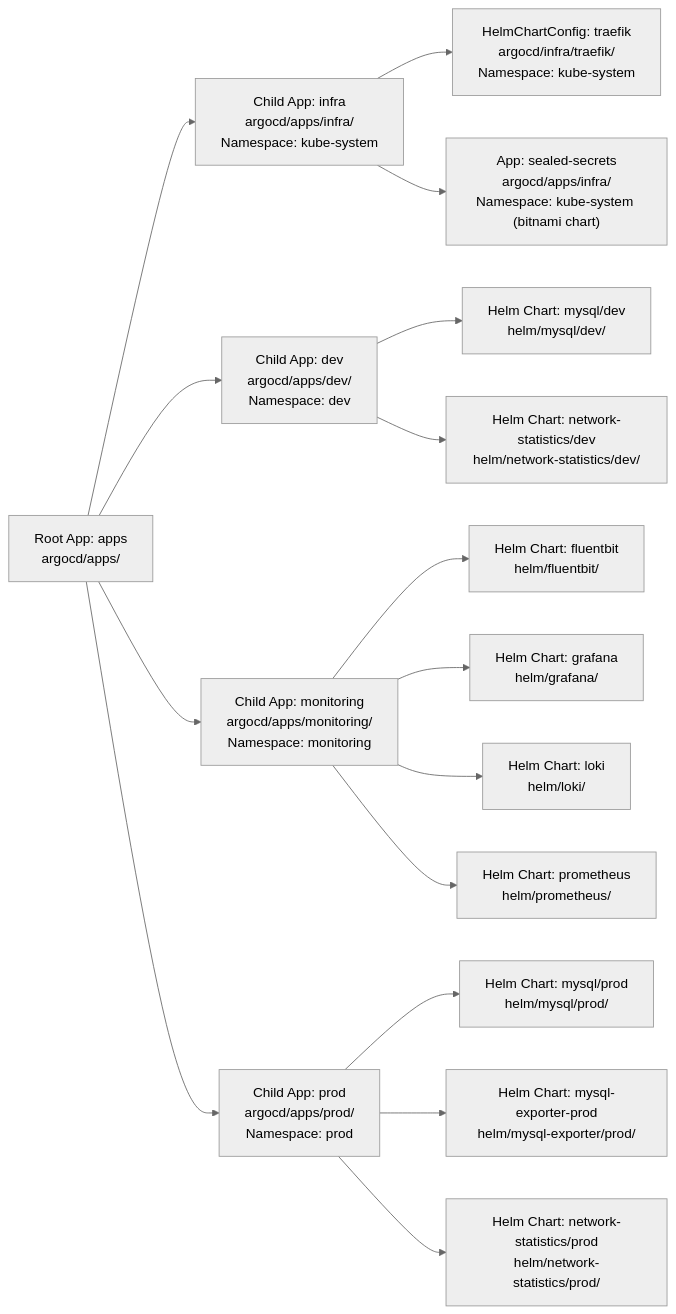
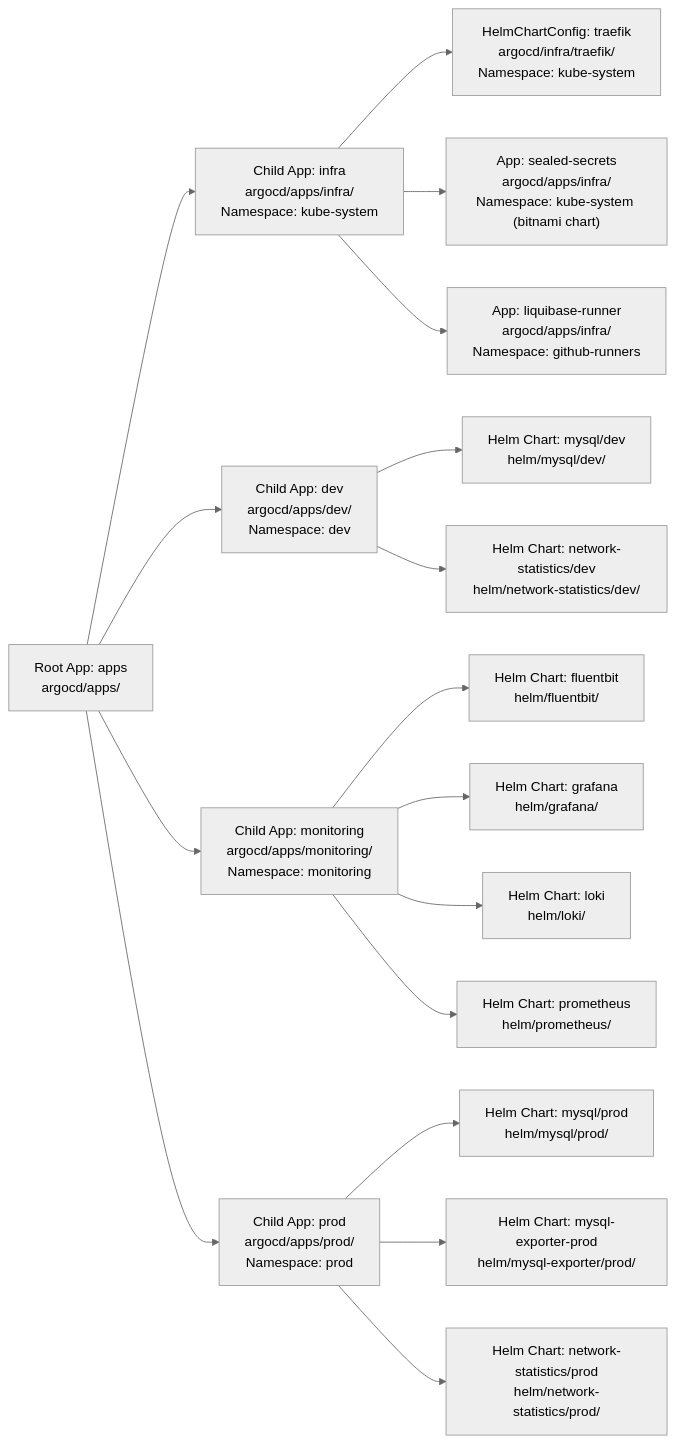
One commit to minhntt1/local-infra changed the diagram in argocd/README.md. Above: the diagram before and after it, drawn with Mermaid (neutral theme). The commit also changed other lines of this file and 3 other files, not shown here.

First line of the commit message:
docs(liquibase-runner): document liquibase-runner across READMEs

````diff
--- a/argocd/README.md
+++ b/argocd/README.md
@@ -24,19 +24,20 @@
 ```mermaid
 flowchart LR
     ROOT["Root App: apps\nargocd/apps/"] --> INFRA["Child App: infra\nargocd/apps/infra/\nNamespace: kube-system"]
     ROOT --> DEV["Child App: dev\nargocd/apps/dev/\nNamespace: dev"]
     ROOT --> MON["Child App: monitoring\nargocd/apps/monitoring/\nNamespace: monitoring"]
     ROOT --> PROD["Child App: prod\nargocd/apps/prod/\nNamespace: prod"]
 
     INFRA --> TRAEFIK_CFG["HelmChartConfig: traefik\nargocd/infra/traefik/\nNamespace: kube-system"]
     INFRA --> SEALED["App: sealed-secrets\nargocd/apps/infra/\nNamespace: kube-system (bitnami chart)"]
+    INFRA --> LIQUIBASE_RUNNER["App: liquibase-runner\nargocd/apps/infra/\nNamespace: github-runners"]
     DEV --> MYSQL_DEV["Helm Chart: mysql/dev\nhelm/mysql/dev/"]
     DEV --> NETSTATS_DEV["Helm Chart: network-statistics/dev\nhelm/network-statistics/dev/"]
     MON --> FB["Helm Chart: fluentbit\nhelm/fluentbit/"]
     MON --> GRAFANA["Helm Chart: grafana\nhelm/grafana/"]
     MON --> LOKI["Helm Chart: loki\nhelm/loki/"]
     MON --> PROM["Helm Chart: prometheus\nhelm/prometheus/"]
     PROD --> MYSQL_PROD["Helm Chart: mysql/prod\nhelm/mysql/prod/"]
     PROD --> MYSQL_EXPORTER["Helm Chart: mysql-exporter-prod\nhelm/mysql-exporter/prod/"]
     PROD --> NETSTATS_PROD["Helm Chart: network-statistics/prod\nhelm/network-statistics/prod/"]
 ```
````
